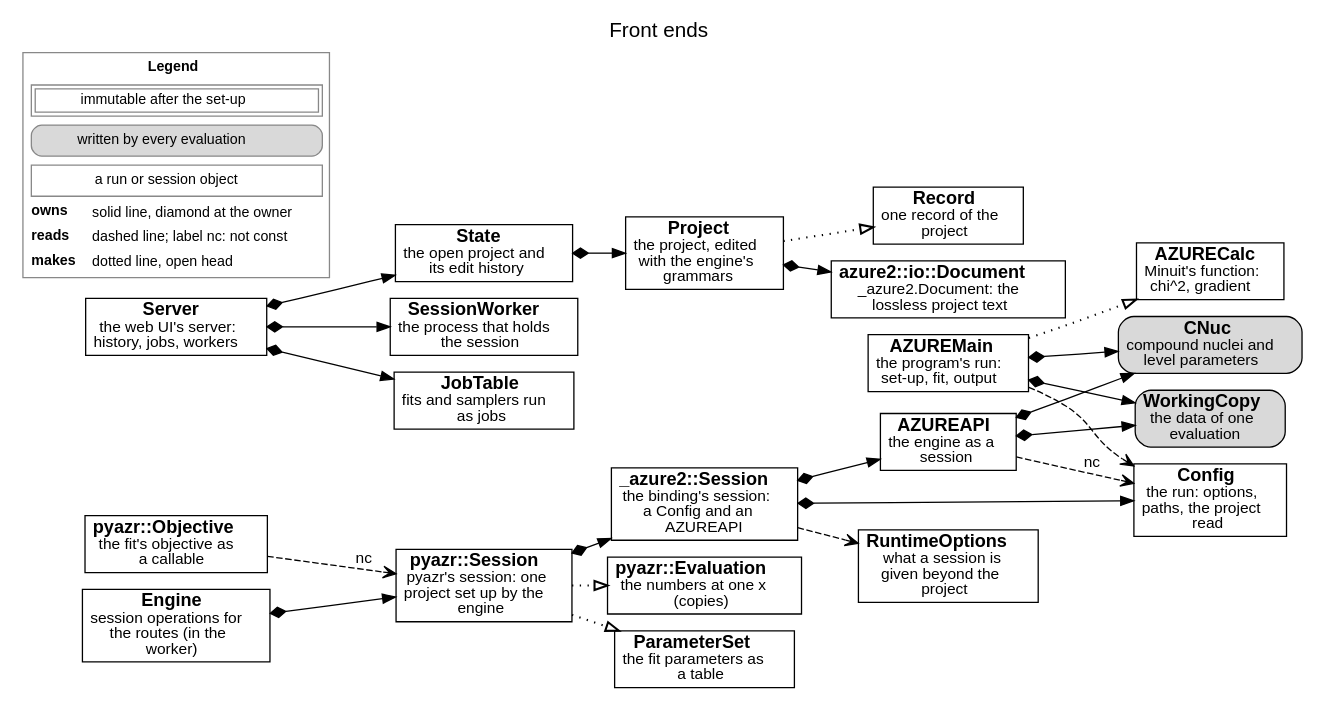
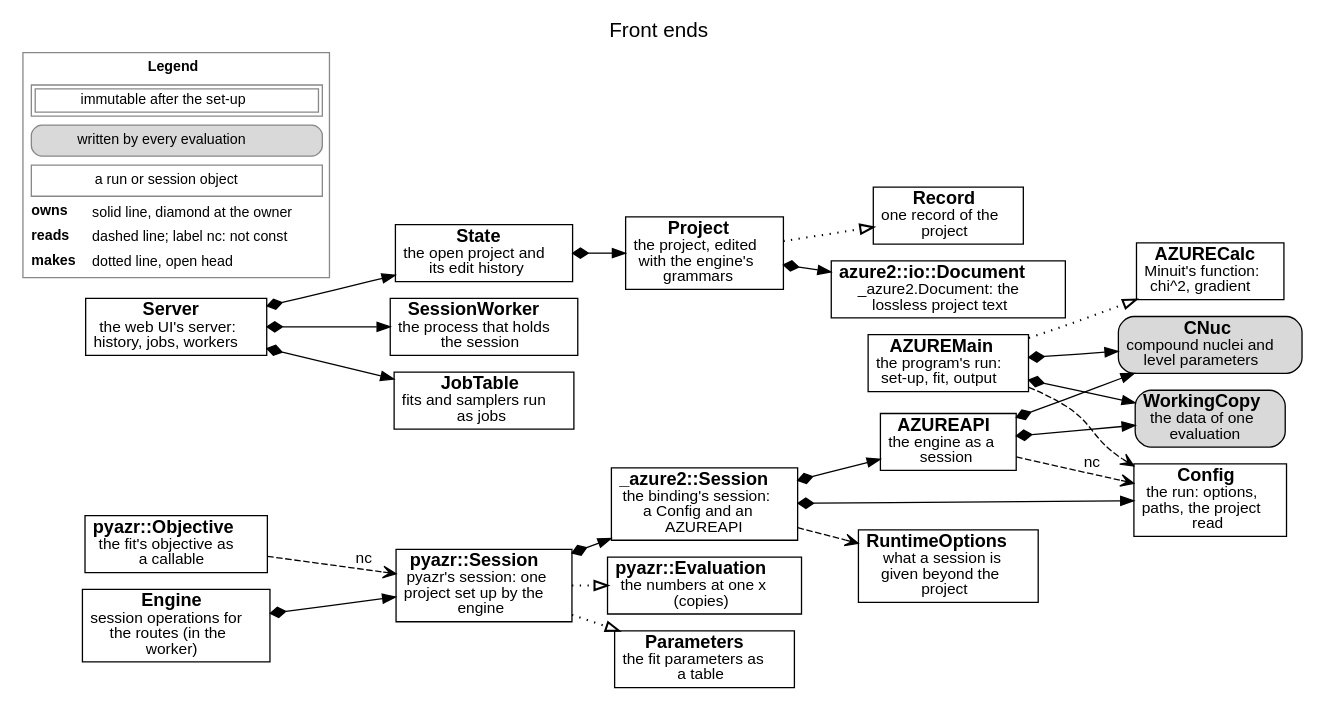
The diagram in docs/source/developer/figures/frontends.dot (AZURE2DEV/AZURE2), drawn with Graphviz before and after one commit. The commit also changed 161 other files, not shown here.

```diff
--- a/docs/source/developer/figures/frontends.dot
+++ b/docs/source/developer/figures/frontends.dot
@@ -1,47 +1,47 @@
 digraph frontends {
   graph [rankdir=LR, fontname="Helvetica", fontsize=16, labelloc=t, label="Front ends", nodesep=0.18, ranksep=0.3, newrank=true];
   node [fontname="Helvetica", fontsize=14, margin="0.08,0.04"];
   edge [fontname="Helvetica", fontsize=12];
   n_AZUREMain [label=<<b>AZUREMain</b><br/><font point-size="12">the program&#x27;s run:<br/>set-up, fit, output</font>>, shape=box, style="filled", fillcolor="white"];
   n_Config [label=<<b>Config</b><br/><font point-size="12">the run: options,<br/>paths, the project<br/>read</font>>, shape=box, style="filled", fillcolor="white"];
   n_CNuc [label=<<b>CNuc</b><br/><font point-size="12">compound nuclei and<br/>level parameters</font>>, shape=box, style="rounded,filled", fillcolor="#d9d9d9"];
   n_WorkingCopy [label=<<b>WorkingCopy</b><br/><font point-size="12">the data of one<br/>evaluation</font>>, shape=box, style="rounded,filled", fillcolor="#d9d9d9"];
   n_AZURECalc [label=<<b>AZURECalc</b><br/><font point-size="12">Minuit&#x27;s function:<br/>chi^2, gradient</font>>, shape=box, style="filled", fillcolor="white"];
   n_AZUREAPI [label=<<b>AZUREAPI</b><br/><font point-size="12">the engine as a<br/>session</font>>, shape=box, style="filled", fillcolor="white"];
   n__azure2__Session [label=<<b>_azure2::Session</b><br/><font point-size="12">the binding&#x27;s session:<br/>a Config and an<br/>AZUREAPI</font>>, shape=box, style="filled", fillcolor="white"];
   n_RuntimeOptions [label=<<b>RuntimeOptions</b><br/><font point-size="12">what a session is<br/>given beyond the<br/>project</font>>, shape=box, style="filled", fillcolor="white"];
   n_pyazr__Session [label=<<b>pyazr::Session</b><br/><font point-size="12">pyazr&#x27;s session: one<br/>project set up by the<br/>engine</font>>, shape=box, style="filled", fillcolor="white"];
   n_pyazr__Objective [label=<<b>pyazr::Objective</b><br/><font point-size="12">the fit&#x27;s objective as<br/>a callable</font>>, shape=box, style="filled", fillcolor="white"];
   n_pyazr__Evaluation [label=<<b>pyazr::Evaluation</b><br/><font point-size="12">the numbers at one x<br/>(copies)</font>>, shape=box, style="filled", fillcolor="white"];
-  n_ParameterSet [label=<<b>ParameterSet</b><br/><font point-size="12">the fit parameters as<br/>a table</font>>, shape=box, style="filled", fillcolor="white"];
+  n_Parameters [label=<<b>Parameters</b><br/><font point-size="12">the fit parameters as<br/>a table</font>>, shape=box, style="filled", fillcolor="white"];
   n_Project [label=<<b>Project</b><br/><font point-size="12">the project, edited<br/>with the engine&#x27;s<br/>grammars</font>>, shape=box, style="filled", fillcolor="white"];
   n_Record [label=<<b>Record</b><br/><font point-size="12">one record of the<br/>project</font>>, shape=box, style="filled", fillcolor="white"];
   n_azure2__io__Document [label=<<b>azure2::io::Document</b><br/><font point-size="12">_azure2.Document: the<br/>lossless project text</font>>, shape=box, style="filled", fillcolor="white"];
   n_Server [label=<<b>Server</b><br/><font point-size="12">the web UI&#x27;s server:<br/>history, jobs, workers</font>>, shape=box, style="filled", fillcolor="white"];
   n_State [label=<<b>State</b><br/><font point-size="12">the open project and<br/>its edit history</font>>, shape=box, style="filled", fillcolor="white"];
   n_SessionWorker [label=<<b>SessionWorker</b><br/><font point-size="12">the process that holds<br/>the session</font>>, shape=box, style="filled", fillcolor="white"];
   n_Engine [label=<<b>Engine</b><br/><font point-size="12">session operations for<br/>the routes (in the<br/>worker)</font>>, shape=box, style="filled", fillcolor="white"];
   n_JobTable [label=<<b>JobTable</b><br/><font point-size="12">fits and samplers run<br/>as jobs</font>>, shape=box, style="filled", fillcolor="white"];
   n_AZUREMain -> n_Config [style=dashed, arrowhead=vee];
   n_AZUREMain -> n_CNuc [style=solid, dir=both, arrowtail=diamond, arrowhead=normal];
   n_AZUREMain -> n_WorkingCopy [style=solid, dir=both, arrowtail=diamond, arrowhead=normal];
   n_AZUREMain -> n_AZURECalc [style=dotted, penwidth=1.6, arrowhead=empty];
   n_AZUREAPI -> n_Config [style=dashed, arrowhead=vee, label=" nc"];
   n_AZUREAPI -> n_CNuc [style=solid, dir=both, arrowtail=diamond, arrowhead=normal];
   n_AZUREAPI -> n_WorkingCopy [style=solid, dir=both, arrowtail=diamond, arrowhead=normal];
   n__azure2__Session -> n_Config [style=solid, dir=both, arrowtail=diamond, arrowhead=normal];
   n__azure2__Session -> n_AZUREAPI [style=solid, dir=both, arrowtail=diamond, arrowhead=normal];
   n__azure2__Session -> n_RuntimeOptions [style=dashed, arrowhead=vee];
   n_pyazr__Session -> n__azure2__Session [style=solid, dir=both, arrowtail=diamond, arrowhead=normal];
-  n_pyazr__Session -> n_ParameterSet [style=dotted, penwidth=1.6, arrowhead=empty];
+  n_pyazr__Session -> n_Parameters [style=dotted, penwidth=1.6, arrowhead=empty];
   n_pyazr__Objective -> n_pyazr__Session [style=dashed, arrowhead=vee, label=" nc"];
   n_pyazr__Session -> n_pyazr__Evaluation [style=dotted, penwidth=1.6, arrowhead=empty];
   n_Project -> n_azure2__io__Document [style=solid, dir=both, arrowtail=diamond, arrowhead=normal];
   n_Project -> n_Record [style=dotted, penwidth=1.6, arrowhead=empty];
   n_State -> n_Project [style=solid, dir=both, arrowtail=diamond, arrowhead=normal];
   n_Server -> n_State [style=solid, dir=both, arrowtail=diamond, arrowhead=normal];
   n_Server -> n_SessionWorker [style=solid, dir=both, arrowtail=diamond, arrowhead=normal];
   n_Server -> n_JobTable [style=solid, dir=both, arrowtail=diamond, arrowhead=normal];
   n_Engine -> n_pyazr__Session [style=solid, dir=both, arrowtail=diamond, arrowhead=normal];
   legend [shape=plaintext, fontsize=11, label=<<TABLE BORDER="1" CELLBORDER="0" CELLSPACING="3" COLOR="#888888"><TR><TD COLSPAN="2"><B>Legend</B></TD></TR><TR><TD COLSPAN="2"><TABLE BORDER="1" CELLBORDER="1" CELLSPACING="2" CELLPADDING="2"><TR><TD>immutable after the set-up</TD></TR></TABLE></TD></TR><TR><TD COLSPAN="2"><TABLE BORDER="1" CELLBORDER="0" CELLPADDING="3" STYLE="rounded" BGCOLOR="#d9d9d9"><TR><TD>written by every evaluation</TD></TR></TABLE></TD></TR><TR><TD COLSPAN="2"><TABLE BORDER="1" CELLBORDER="0" CELLPADDING="3" ><TR><TD>a run or session object</TD></TR></TABLE></TD></TR><TR><TD ALIGN="LEFT"><B>owns</B></TD><TD ALIGN="LEFT">solid line, diamond at the owner</TD></TR><TR><TD ALIGN="LEFT"><B>reads</B></TD><TD ALIGN="LEFT">dashed line; label nc: not const</TD></TR><TR><TD ALIGN="LEFT"><B>makes</B></TD><TD ALIGN="LEFT">dotted line, open head</TD></TR></TABLE>>];
 }
```
